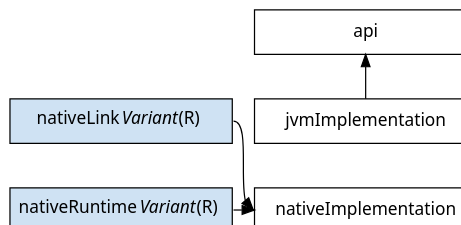
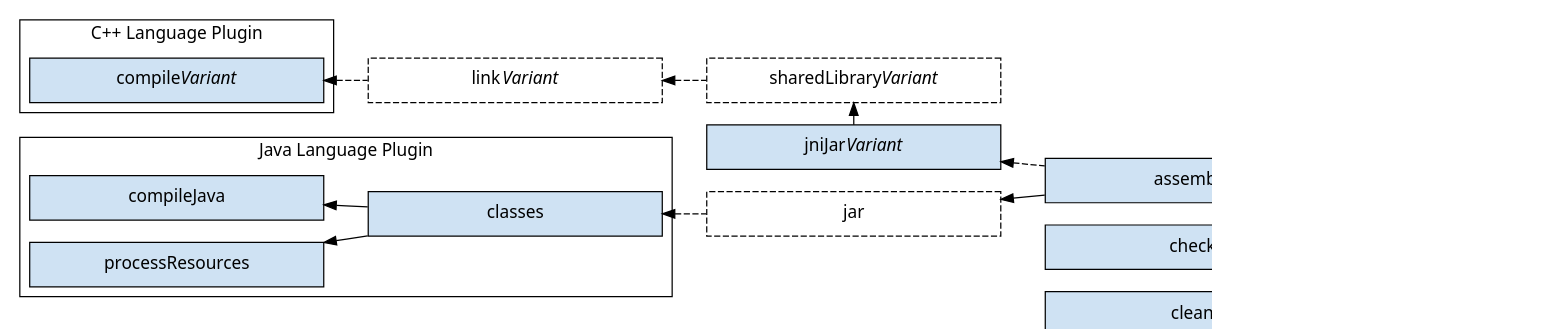
Before and after one commit to nokeedev/gradle-native: the diagram in subprojects/docs/src/docs/manual/img/jni-library-configurations.dot, drawn with Graphviz. The commit also changed 2 other files, not shown here.

Commit message:
Reflect the change to the JNI plugin inside the documentation

```diff
--- a/subprojects/docs/src/docs/manual/img/jni-library-configurations.dot
+++ b/subprojects/docs/src/docs/manual/img/jni-library-configurations.dot
@@ -1,25 +1,46 @@
-digraph jniLibraryConfigurations {
-	graph [ dpi = 100, fontname="Sans"];
-	node [fontname = "Sans"];
-	edge [fontname = "Sans"];
-	node [shape=rectangle, fixedsize=true, width=2.5, height=0.5];
+digraph jniLibraryTaskGraph {
+  graph [ dpi = 100, fontname="Sans"];
+  node [fontname = "Sans"];
+  edge [fontname = "Sans"];
+  node [shape=rectangle, fixedsize=true, width=3.3, height=0.5];
+  node [style=filled, fillcolor="#cfe2f3"]
+  rankdir=LR
 
-	subgraph central {
-		node[style=filled, fillcolor=white]
-		api -> jvmImplementation -> nativeImplementation [style=invis, weight=1000]
-		jvmImplementation -> api [headport=s, tailport=n]
-	}
+  subgraph cluster_cppLanguage {
+    label = "C++ Language Plugin"
+    color = black
 
-	subgraph left {
-		node[style=filled, fillcolor="#cfe2f3"]
-		nativeLink[label=<nativeLink<i>Variant</i> (R)>]
-		nativeRuntime[label=<nativeRuntime<i>Variant</i> (R)>]
+    compileCpp [label=<compile<i>Variant</i>>]
+  }
 
-		nativeLink -> nativeRuntime [style=invis]
-	}
+  subgraph cluster_javaLanguage {
+    label = "Java Language Plugin"
 
-	// Ensure the order is preserved
-	{rank=same nativeImplementation nativeRuntime}
+    {compileJava, processResources} -> classes [dir=back]
+    {rank=same compileJava processResources}
+  }
 
-	{nativeLink nativeRuntime} -> nativeImplementation [headport=w, tailport=e]
+  // Styling
+  link [style=dashed, label=<link<i>Variant</i>>]
+  sharedLibrary [style=dashed, label=<sharedLibrary<i>Variant</i>>]
+  jarNative [label=<jniJar<i>Variant</i>>]
+  jarJvm [style=dashed label="jar"]
+
+  // link to assemble
+  compileCpp -> link -> sharedLibrary [dir=back, style=dashed]
+  sharedLibrary -> jarNative [dir=back]
+  {rank=same sharedLibrary jarNative}
+  jarNative -> assemble [dir=back, style=dashed]
+
+  // classes to assemble
+  classes -> jarJvm [dir=back, style=dashed]
+  jarJvm -> assemble [dir=back]
+
+  // assemble & check to build
+  assemble -> build [dir=back]
+  check -> build [dir=back]
+
+  // align check & clean
+  check -> clean [style=invis]
+  {rank=same check clean}
 }
```
